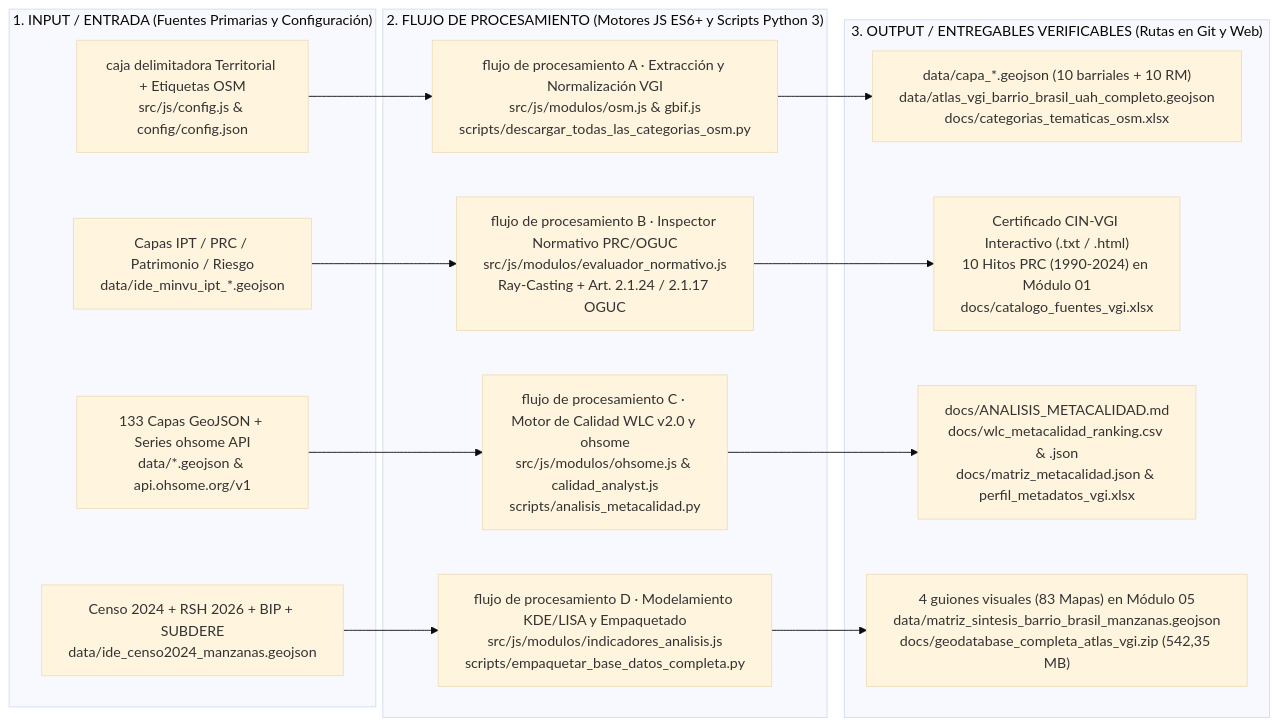
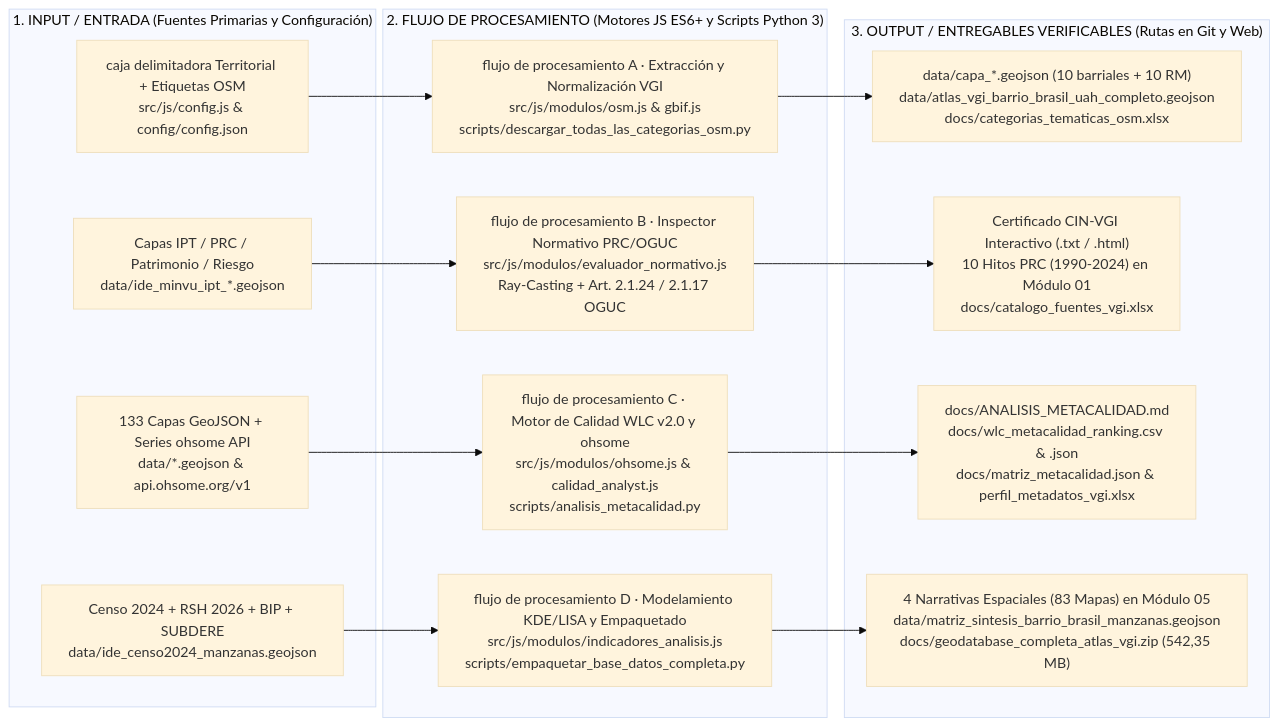
One commit to GEOJOTA/atlas-vgi-barrio-brasil changed the first of 2 diagrams in README.md. Above: the diagram before and after it, drawn with Mermaid (base theme). The commit also changed other lines of this file and 13 other files, not shown here.

Commit message:
feat: implementar Prototipo 02 - Atlas para la Gestión Territorial con arquitectura de 3 módulos, narrativas espaciales prioritarias y manual interactivo

````diff
--- a/README.md
+++ b/README.md
@@ -48,28 +50,28 @@
 ```mermaid
 flowchart LR
     subgraph IN["1. INPUT / ENTRADA (Fuentes Primarias y Configuración)"]
         I1["caja delimitadora Territorial + Etiquetas OSM<br/>src/js/config.js & config/config.json"]
         I2["Capas IPT / PRC / Patrimonio / Riesgo<br/>data/ide_minvu_ipt_*.geojson"]
         I3["133 Capas GeoJSON + Series ohsome API<br/>data/*.geojson & api.ohsome.org/v1"]
         I4["Censo 2024 + RSH 2026 + BIP + SUBDERE<br/>data/ide_censo2024_manzanas.geojson"]
     end
 
     subgraph PROC["2. FLUJO DE PROCESAMIENTO (Motores JS ES6+ y Scripts Python 3)"]
         P1["flujo de procesamiento A · Extracción y Normalización VGI<br/>src/js/modulos/osm.js & gbif.js<br/>scripts/descargar_todas_las_categorias_osm.py"]
         P2["flujo de procesamiento B · Inspector Normativo PRC/OGUC<br/>src/js/modulos/evaluador_normativo.js<br/>Ray-Casting + Art. 2.1.24 / 2.1.17 OGUC"]
         P3["flujo de procesamiento C · Motor de Calidad WLC v2.0 y ohsome<br/>src/js/modulos/ohsome.js & calidad_analyst.js<br/>scripts/analisis_metacalidad.py"]
         P4["flujo de procesamiento D · Modelamiento KDE/LISA y Empaquetado<br/>src/js/modulos/indicadores_analisis.js<br/>scripts/empaquetar_base_datos_completa.py"]
     end
 
     subgraph OUT["3. OUTPUT / ENTREGABLES VERIFICABLES (Rutas en Git y Web)"]
         O1["data/capa_*.geojson (10 barriales + 10 RM)<br/>data/atlas_vgi_barrio_brasil_uah_completo.geojson<br/>docs/categorias_tematicas_osm.xlsx"]
         O2["Certificado CIN-VGI Interactivo (.txt / .html)<br/>10 Hitos PRC (1990-2024) en Módulo 01<br/>docs/catalogo_fuentes_vgi.xlsx"]
         O3["docs/ANALISIS_METACALIDAD.md<br/>docs/wlc_metacalidad_ranking.csv & .json<br/>docs/matriz_metacalidad.json & perfil_metadatos_vgi.xlsx"]
-        O4["4 guiones visuales (83 Mapas) en Módulo 05<br/>data/matriz_sintesis_barrio_brasil_manzanas.geojson<br/>docs/geodatabase_completa_atlas_vgi.zip (542,35 MB)"]
+        O4["4 Narrativas Espaciales (83 Mapas) en Módulo 05<br/>data/matriz_sintesis_barrio_brasil_manzanas.geojson<br/>docs/geodatabase_completa_atlas_vgi.zip (542,35 MB)"]
     end
 
     I1 --> P1 --> O1
     I2 --> P2 --> O2
     I3 --> P3 --> O3
     I4 --> P4 --> O4
 ```
````
